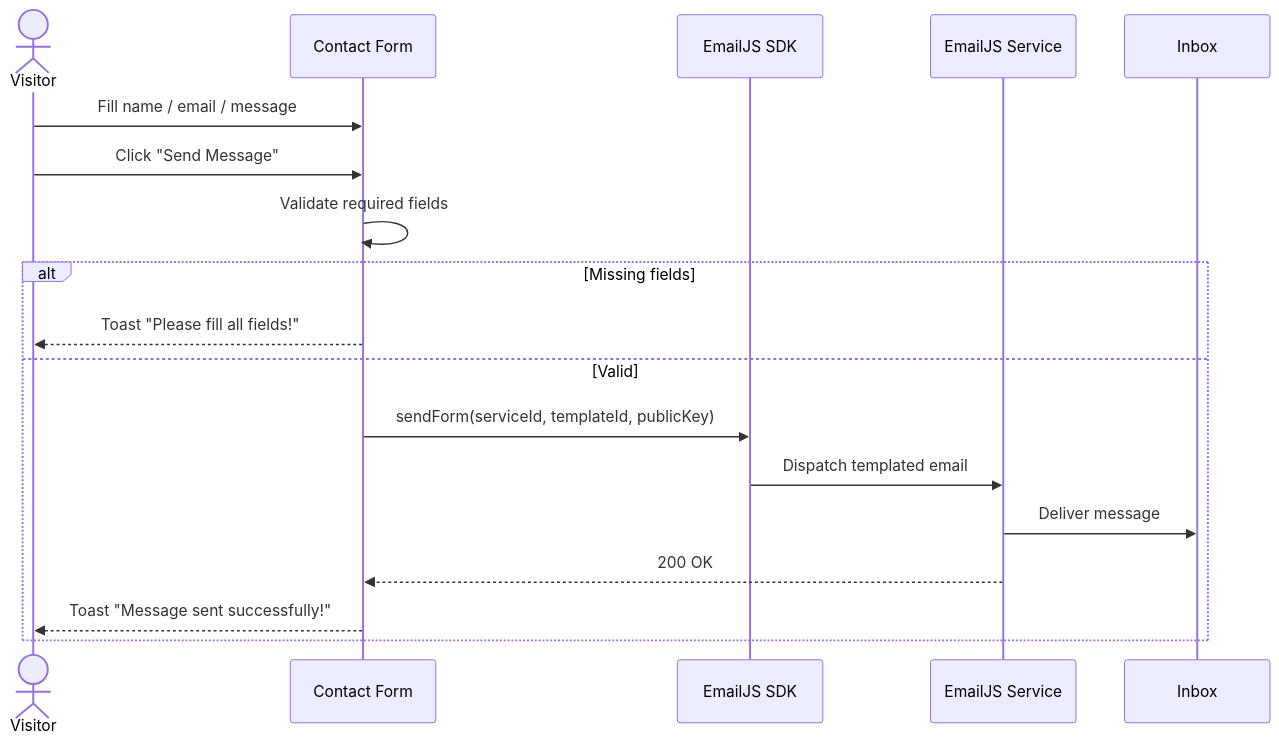
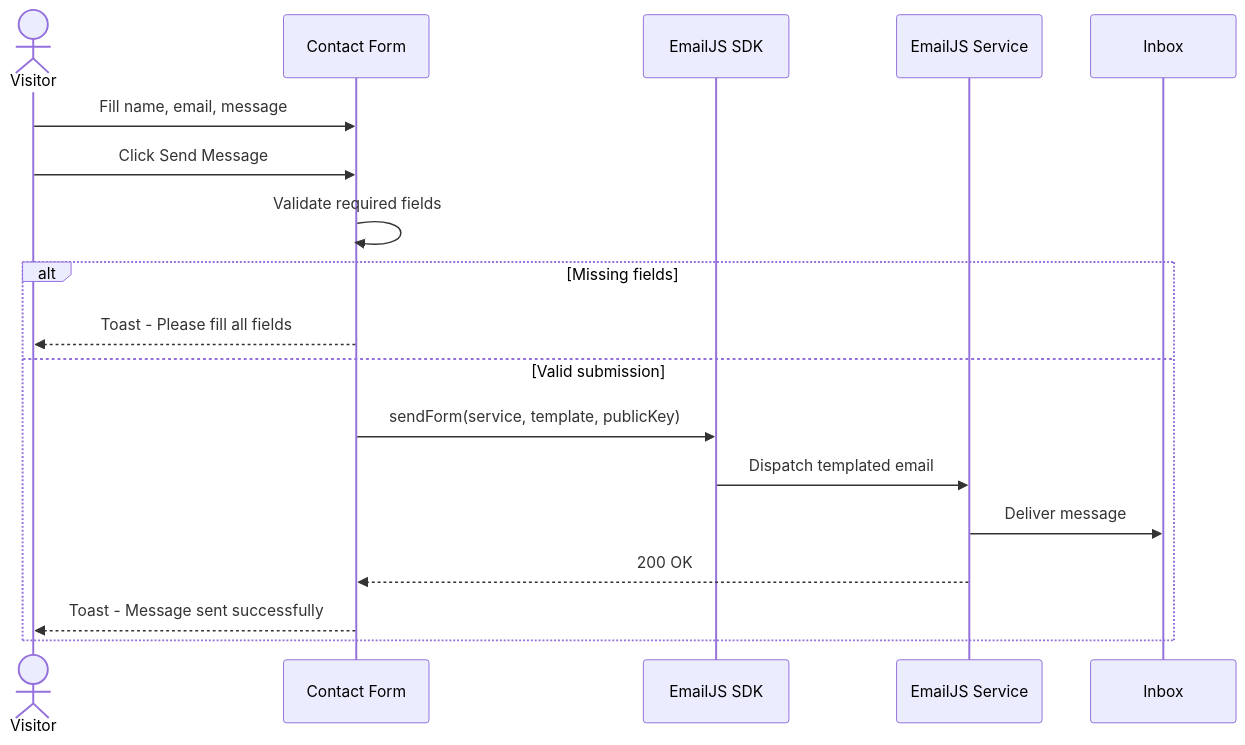
The third of 3 diagrams in README.md (Aakashwije/AAKASH_WIJESEKARA_PORTFOLIO), drawn with Mermaid before and after one commit. The commit also changed other lines of this file, not shown here.

````diff
--- a/README.md
+++ b/README.md
@@ -149,21 +142,22 @@
 ```mermaid
 sequenceDiagram
-    actor V as Visitor
-    participant F as Contact Form
+    actor Visitor
+    participant Form as Contact Form
     participant SDK as EmailJS SDK
     participant API as EmailJS Service
-    participant I as Inbox
+    participant Inbox
 
-    V->>F: Fill name / email / message
-    V->>F: Click "Send Message"
-    F->>F: Validate required fields
+    Visitor->>Form: Fill name, email, message
+    Visitor->>Form: Click Send Message
+    Form->>Form: Validate required fields
+
     alt Missing fields
-        F-->>V: Toast "Please fill all fields!"
-    else Valid
-        F->>SDK: sendForm(serviceId, templateId, publicKey)
+        Form-->>Visitor: Toast - Please fill all fields
+    else Valid submission
+        Form->>SDK: sendForm(service, template, publicKey)
         SDK->>API: Dispatch templated email
-        API->>I: Deliver message
-        API-->>F: 200 OK
-        F-->>V: Toast "Message sent successfully!"
+        API->>Inbox: Deliver message
+        API-->>Form: 200 OK
+        Form-->>Visitor: Toast - Message sent successfully
     end
 ```
````
